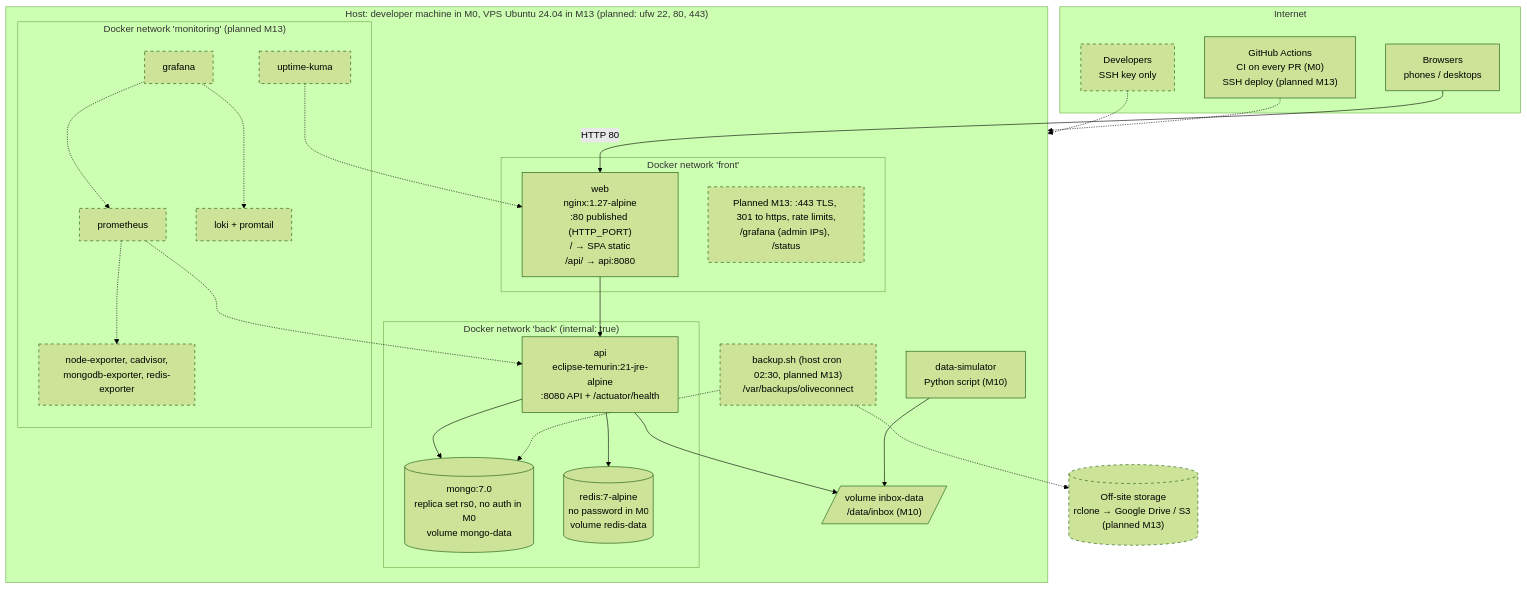
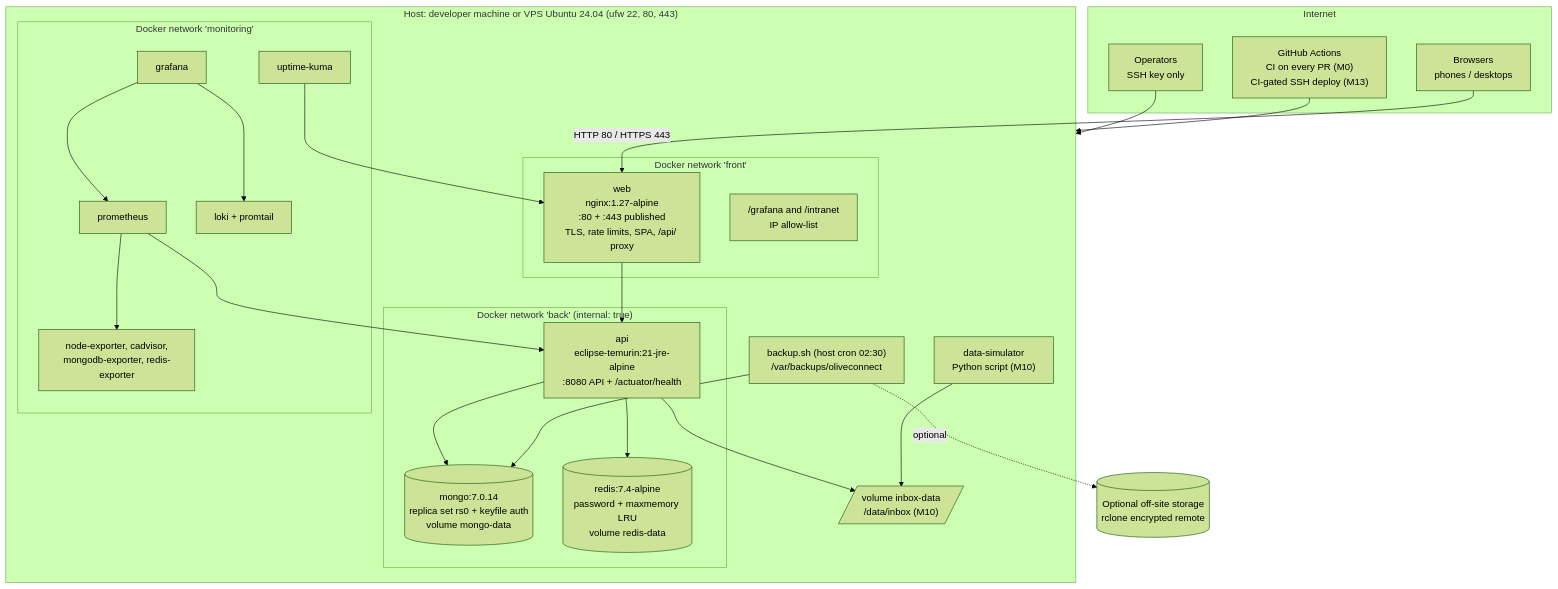
The first of 3 diagrams in docs/10-deployment.md (Iyed-M/olive-connect), drawn with Mermaid (forest theme) before and after one commit. The commit also changed other lines of this file and 67 other files, not shown here.

````diff
--- a/docs/10-deployment.md
+++ b/docs/10-deployment.md
@@ -19,47 +19,46 @@
 ```mermaid
 flowchart TB
     subgraph Internet
         BR[Browsers<br/>phones / desktops]
-        GH["GitHub Actions<br/>CI on every PR (M0)<br/>SSH deploy (planned M13)"]
-        DEV["Developers<br/>SSH key only"]:::planned
+        GH["GitHub Actions<br/>CI on every PR (M0)<br/>CI-gated SSH deploy (M13)"]
+        DEV["Operators<br/>SSH key only"]
     end
-    subgraph HOST["Host: developer machine in M0, VPS Ubuntu 24.04 in M13 (planned: ufw 22, 80, 443)"]
+    subgraph HOST["Host: developer machine or VPS Ubuntu 24.04 (ufw 22, 80, 443)"]
         subgraph FrontNet["Docker network 'front'"]
-            WEB["web<br/>nginx:1.27-alpine<br/>:80 published (HTTP_PORT)<br/>/ → SPA static<br/>/api/ → api:8080"]
-            NGX2["Planned M13: :443 TLS, 301 to https, rate limits,<br/>/grafana (admin IPs), /status"]:::planned
+            WEB["web<br/>nginx:1.27-alpine<br/>:80 + :443 published<br/>TLS, rate limits, SPA, /api/ proxy"]
+            NGX2["/grafana and /intranet<br/>IP allow-list"]
         end
         subgraph BackNet["Docker network 'back' (internal: true)"]
             API["api<br/>eclipse-temurin:21-jre-alpine<br/>:8080 API + /actuator/health"]
-            MONGO[("mongo:7.0<br/>replica set rs0, no auth in M0<br/>volume mongo-data")]
-            REDIS[("redis:7-alpine<br/>no password in M0<br/>volume redis-data")]
+            MONGO[("mongo:7.0.14<br/>replica set rs0 + keyfile auth<br/>volume mongo-data")]
+            REDIS[("redis:7.4-alpine<br/>password + maxmemory LRU<br/>volume redis-data")]
         end
-        subgraph MonNet["Docker network 'monitoring' (planned M13)"]
-            PROM[prometheus]:::planned
-            GRAF[grafana]:::planned
-            LOKI[loki + promtail]:::planned
-            EXP["node-exporter, cadvisor,<br/>mongodb-exporter, redis-exporter"]:::planned
-            KUMA[uptime-kuma]:::planned
+        subgraph MonNet["Docker network 'monitoring'"]
+            PROM[prometheus]
+            GRAF[grafana]
+            LOKI[loki + promtail]
+            EXP["node-exporter, cadvisor,<br/>mongodb-exporter, redis-exporter"]
+            KUMA[uptime-kuma]
         end
         VOL1[/"volume inbox-data<br/>/data/inbox (M10)"/]
         SIM["data-simulator<br/>Python script (M10)"]
-        BK["backup.sh (host cron 02:30, planned M13)<br/>/var/backups/oliveconnect"]:::planned
+        BK["backup.sh (host cron 02:30)<br/>/var/backups/oliveconnect"]
     end
-    OFF[("Off-site storage<br/>rclone → Google Drive / S3 (planned M13)")]:::planned
+    OFF[("Optional off-site storage<br/>rclone encrypted remote")]
 
-    BR -- HTTP 80 --> WEB
-    DEV -.-> HOST
-    GH -.-> HOST
+    BR -- HTTP 80 / HTTPS 443 --> WEB
+    DEV --> HOST
+    GH --> HOST
     WEB --> API
     API --> MONGO
     API --> REDIS
     API --> VOL1
     SIM --> VOL1
-    PROM -.-> API
-    PROM -.-> EXP
-    GRAF -.-> PROM
-    GRAF -.-> LOKI
-    KUMA -.-> WEB
-    BK -.-> MONGO
-    BK -.-> OFF
-    classDef planned stroke-dasharray: 5 5
+    PROM --> API
+    PROM --> EXP
+    GRAF --> PROM
+    GRAF --> LOKI
+    KUMA --> WEB
+    BK --> MONGO
+    BK -. optional .-> OFF
 ```
````
